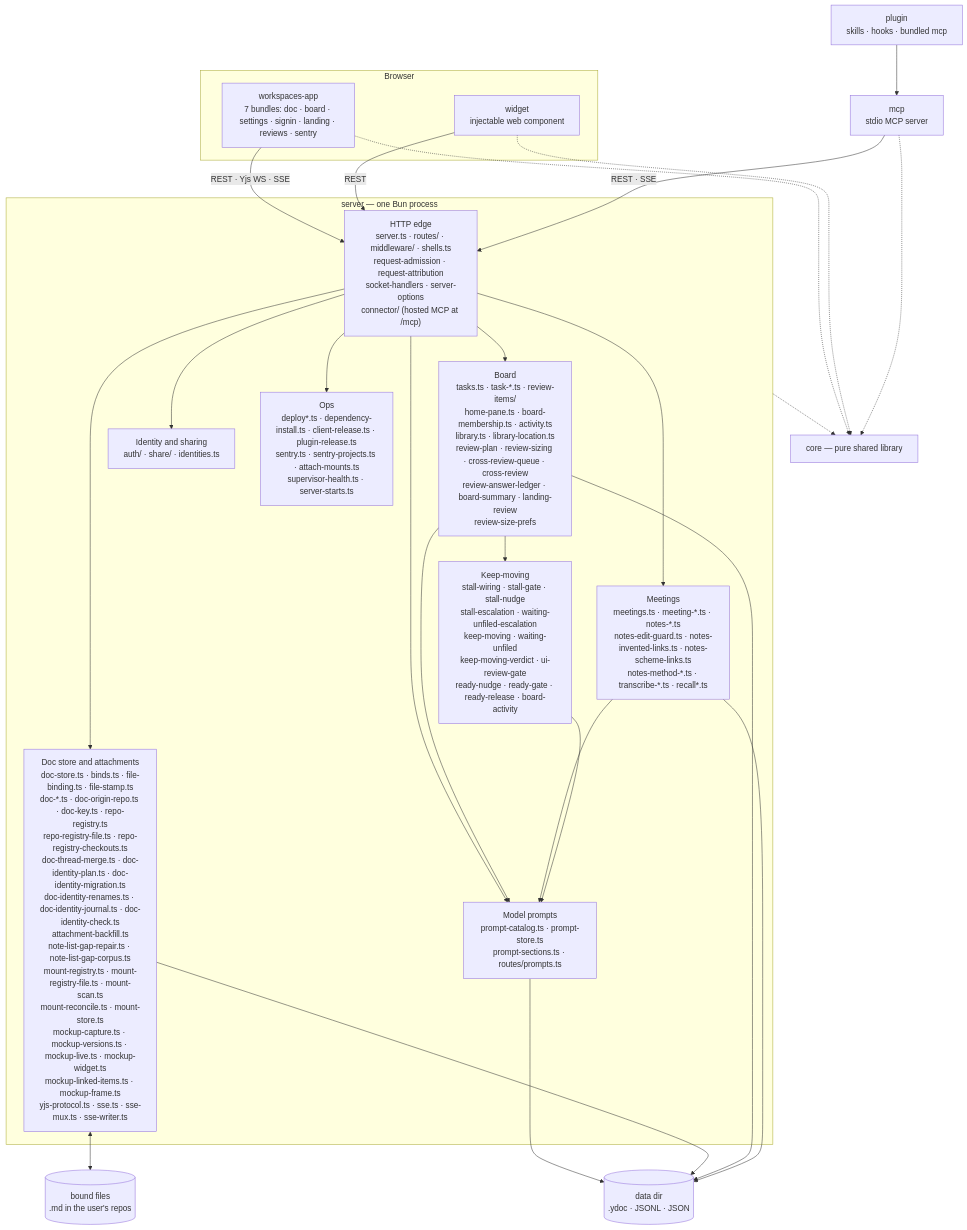
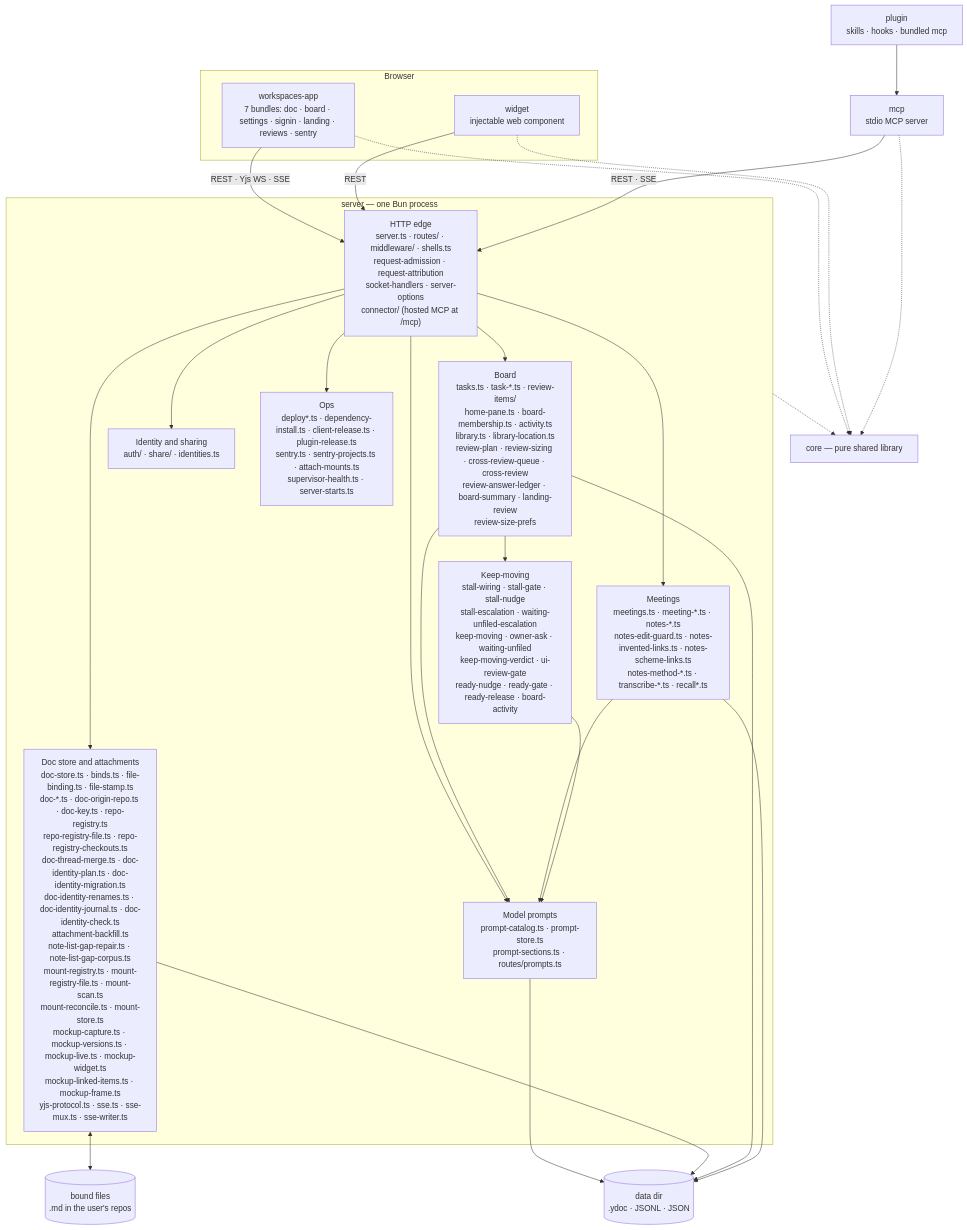
One commit to fryanpan/claude-workspaces-plugin changed the first of 2 diagrams in docs/architecture/overview.md. Above: the diagram before and after it, drawn with Mermaid. The commit also changed other lines of this file and 3 other files, not shown here.

````diff
--- a/docs/architecture/overview.md
+++ b/docs/architecture/overview.md
@@ -45,35 +45,35 @@
 ```mermaid
 flowchart TB
   subgraph browser[Browser]
     app["workspaces-app<br/>7 bundles: doc · board · settings · signin · landing · reviews · sentry"]
     wid["widget<br/>injectable web component"]
   end
   plug["plugin<br/>skills · hooks · bundled mcp"]
   mcp["mcp<br/>stdio MCP server"]
   subgraph srv["server — one Bun process"]
     edge["HTTP edge<br/>server.ts · routes/ · middleware/ · shells.ts<br/>request-admission · request-attribution<br/>socket-handlers · server-options<br/>connector/ (hosted MCP at /mcp)"]
     docs["Doc store and attachments<br/>doc-store.ts · binds.ts · file-binding.ts · file-stamp.ts<br/>doc-*.ts · doc-origin-repo.ts · doc-key.ts · repo-registry.ts<br/>repo-registry-file.ts · repo-registry-checkouts.ts<br/>doc-thread-merge.ts · doc-identity-plan.ts · doc-identity-migration.ts<br/>doc-identity-renames.ts · doc-identity-journal.ts · doc-identity-check.ts<br/>attachment-backfill.ts<br/>note-list-gap-repair.ts · note-list-gap-corpus.ts<br/>mount-registry.ts · mount-registry-file.ts · mount-scan.ts<br/>mount-reconcile.ts · mount-store.ts<br/>mockup-capture.ts · mockup-versions.ts · mockup-live.ts · mockup-widget.ts<br/>mockup-linked-items.ts · mockup-frame.ts<br/>yjs-protocol.ts · sse.ts · sse-mux.ts · sse-writer.ts"]
     board["Board<br/>tasks.ts · task-*.ts · review-items/<br/>home-pane.ts · board-membership.ts · activity.ts<br/>library.ts · library-location.ts<br/>review-plan · review-sizing · cross-review-queue · cross-review<br/>review-answer-ledger · board-summary · landing-review<br/>review-size-prefs"]
     meet["Meetings<br/>meetings.ts · meeting-*.ts · notes-*.ts<br/>notes-edit-guard.ts · notes-invented-links.ts · notes-scheme-links.ts<br/>notes-method-*.ts · transcribe-*.ts · recall*.ts"]
-    keep["Keep-moving<br/>stall-wiring · stall-gate · stall-nudge<br/>stall-escalation · waiting-unfiled-escalation<br/>keep-moving · waiting-unfiled<br/>keep-moving-verdict · ui-review-gate<br/>ready-nudge · ready-gate · ready-release · board-activity"]
+    keep["Keep-moving<br/>stall-wiring · stall-gate · stall-nudge<br/>stall-escalation · waiting-unfiled-escalation<br/>keep-moving · owner-ask · waiting-unfiled<br/>keep-moving-verdict · ui-review-gate<br/>ready-nudge · ready-gate · ready-release · board-activity"]
     ident["Identity and sharing<br/>auth/ · share/ · identities.ts"]
     prompts["Model prompts<br/>prompt-catalog.ts · prompt-store.ts<br/>prompt-sections.ts · routes/prompts.ts"]
     ops["Ops<br/>deploy*.ts · dependency-install.ts · client-release.ts · plugin-release.ts<br/>sentry.ts · sentry-projects.ts · attach-mounts.ts<br/>supervisor-health.ts · server-starts.ts"]
   end
   core["core — pure shared library"]
   disk[("data dir<br/>.ydoc · JSONL · JSON")]
   files[("bound files<br/>.md in the user's repos")]
 
   app -->|"REST · Yjs WS · SSE"| edge
   wid -->|REST| edge
   plug --> mcp
   mcp -->|"REST · SSE"| edge
   edge --> docs & board & meet & ident & ops & prompts
   board & meet & keep --> prompts
   prompts --> disk
   board --> keep
   docs <--> files
   docs & board & meet --> disk
   app & wid & mcp -.-> core
   srv -.-> core
 ```
````
